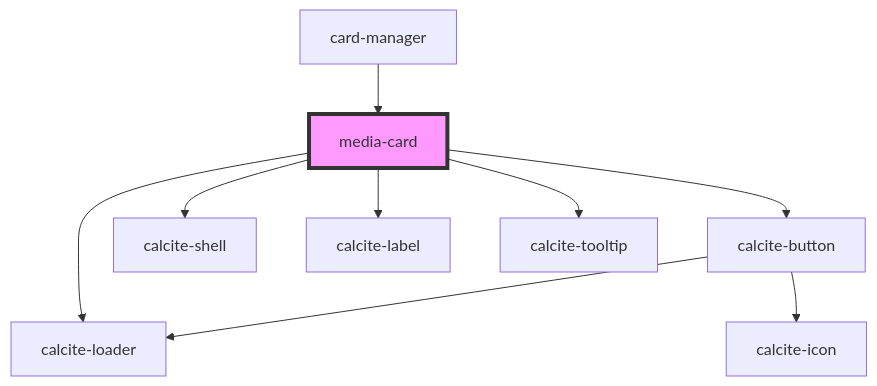
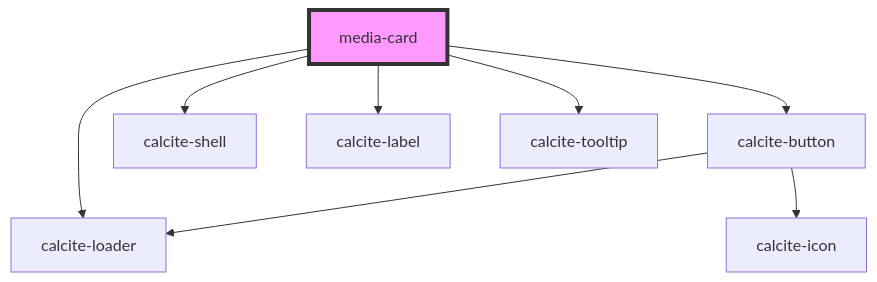
Before and after one commit to Esri/solutions-components: the diagram in src/components/media-card/readme.md, drawn with Mermaid. The commit also changed other lines of this file and 7 other files, not shown here.

````diff
--- a/src/components/media-card/readme.md
+++ b/src/components/media-card/readme.md
@@ -31,12 +27,11 @@
 ```mermaid
 graph TD;
   media-card --> calcite-loader
   media-card --> calcite-button
   media-card --> calcite-shell
   media-card --> calcite-label
   media-card --> calcite-tooltip
   calcite-button --> calcite-loader
   calcite-button --> calcite-icon
-  card-manager --> media-card
   style media-card fill:#f9f,stroke:#333,stroke-width:4px
 ```
````
